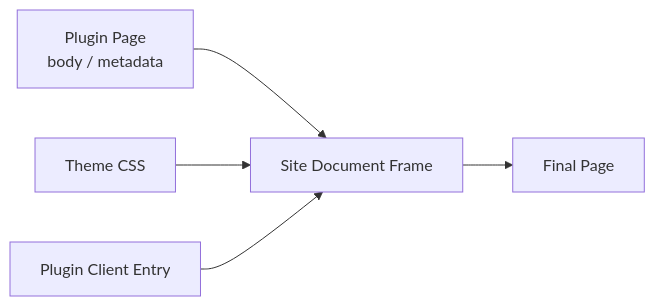
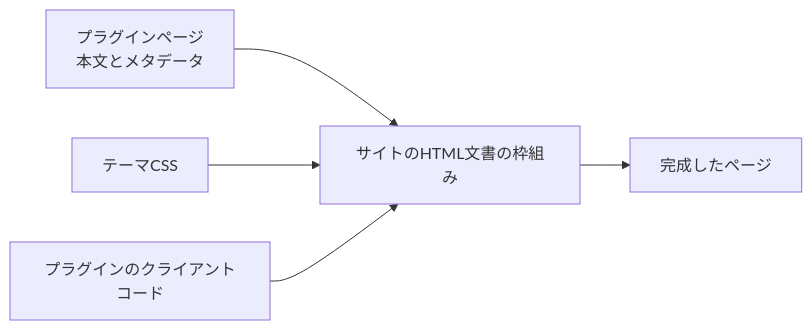
The eighth of 14 diagrams in docs/docs/framework/page-system.ja.md (Rerurate514/riebeckite), drawn with Mermaid before and after one commit. The commit also changed other lines of this file and 310 other files, not shown here.

````diff
--- a/docs/docs/framework/page-system.ja.md
+++ b/docs/docs/framework/page-system.ja.md
@@ -206,13 +190,13 @@
 ```mermaid id="brt8r0"
 flowchart LR
-    Page["Plugin Page<br/>body / metadata"]
-    Frame["Site Document Frame"]
-    Theme["Theme CSS"]
-    Client["Plugin Client Entry"]
-    Browser["Final Page"]
+    Page["プラグインページ<br/>本文とメタデータ"]
+    Frame["サイトのHTML文書の枠組み"]
+    Theme["テーマCSS"]
+    Client["プラグインのクライアントコード"]
+    Browser["完成したページ"]
 
     Page --> Frame
     Theme --> Frame
     Client --> Frame
     Frame --> Browser
 ```
````
